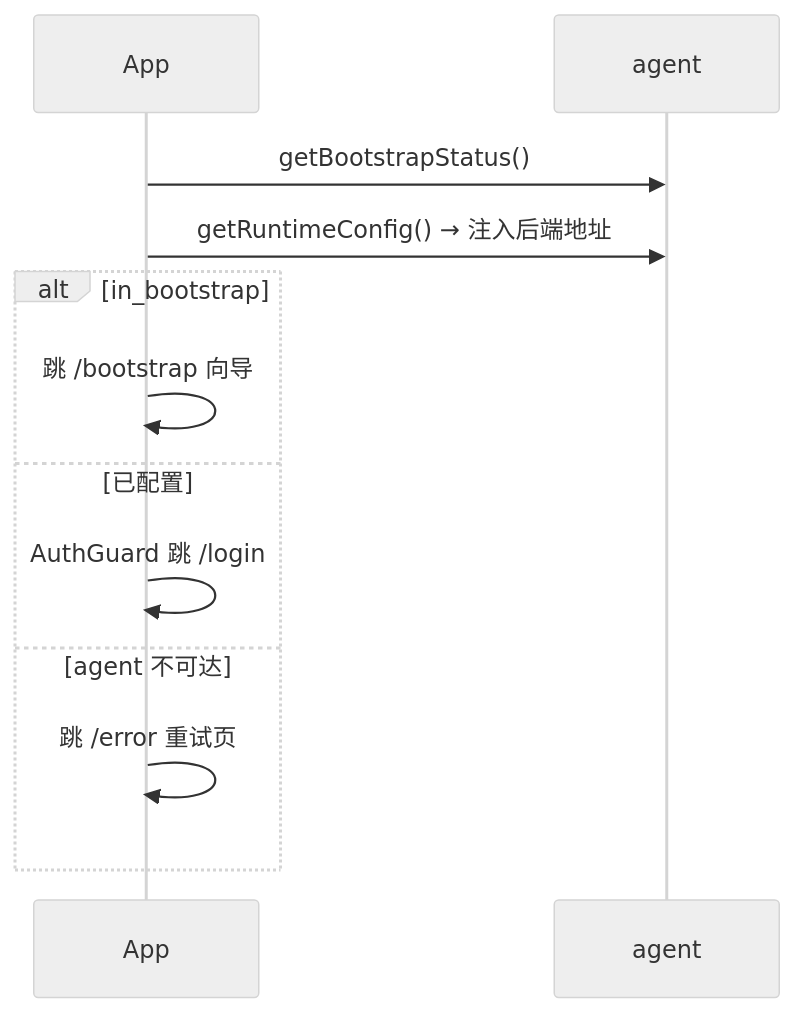
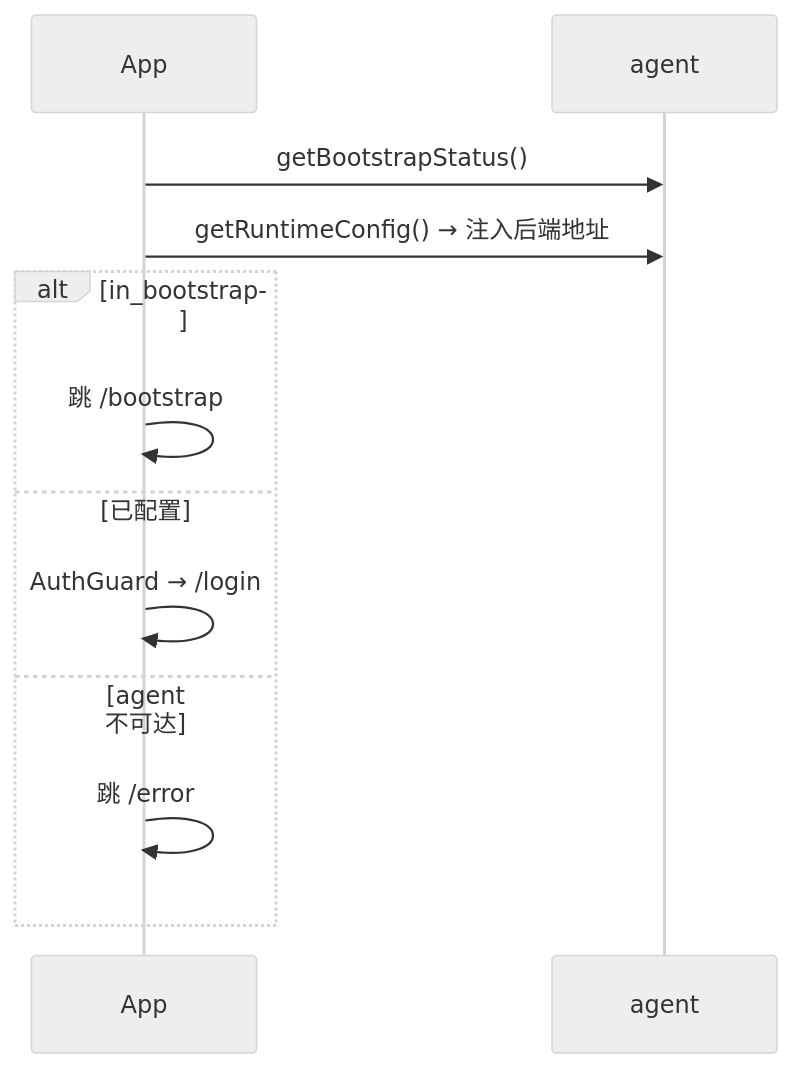
The second of 3 diagrams in docs/02-模块设计/app/README.md (Hry1729/data_watch), drawn with Mermaid (neutral theme) before and after one commit. The commit also changed other lines of this file and 131 other files, not shown here.

````diff
--- a/docs/02-模块设计/app/README.md
+++ b/docs/02-模块设计/app/README.md
@@ -126,14 +148,14 @@
 ```mermaid
 sequenceDiagram
     participant UI as App
     participant AG as agent
     UI->>AG: getBootstrapStatus()
     UI->>AG: getRuntimeConfig() → 注入后端地址
     alt in_bootstrap
-        UI->>UI: 跳 /bootstrap 向导
+        UI->>UI: 跳 /bootstrap
     else 已配置
-        UI->>UI: AuthGuard 跳 /login
+        UI->>UI: AuthGuard → /login
     else agent 不可达
-        UI->>UI: 跳 /error 重试页
+        UI->>UI: 跳 /error
     end
 ```
````
